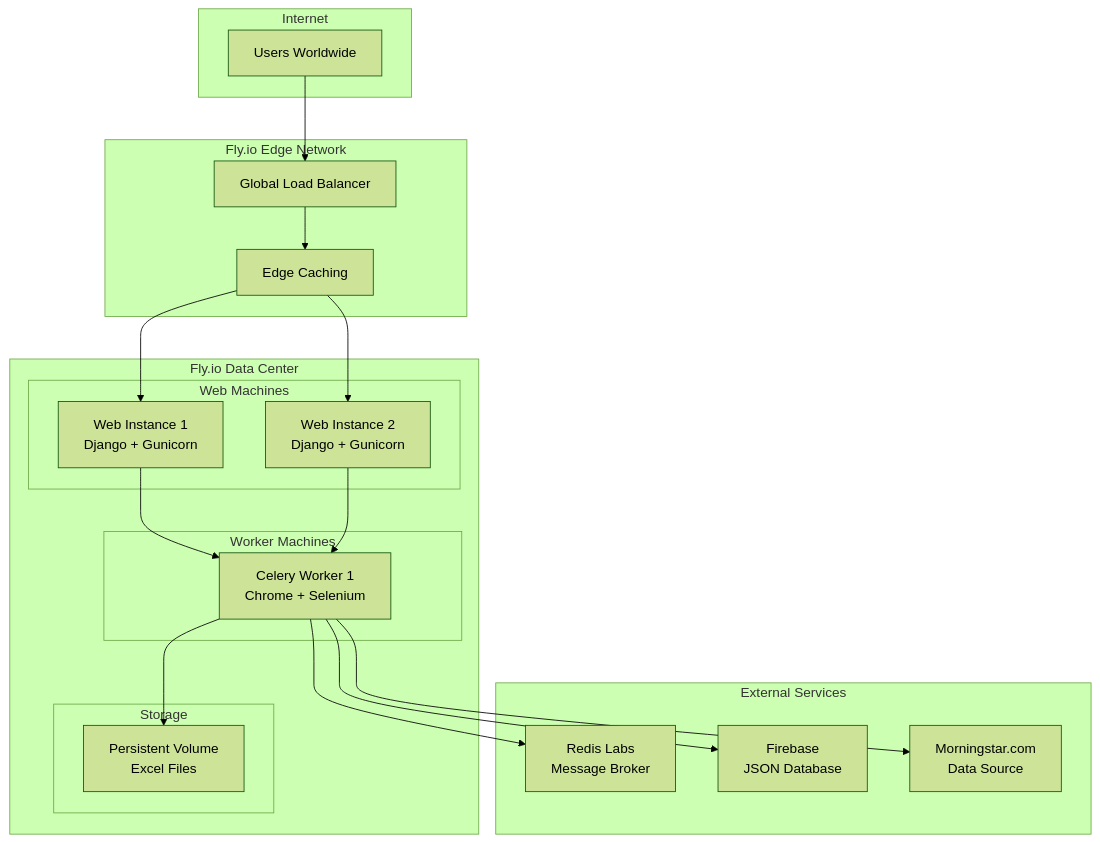
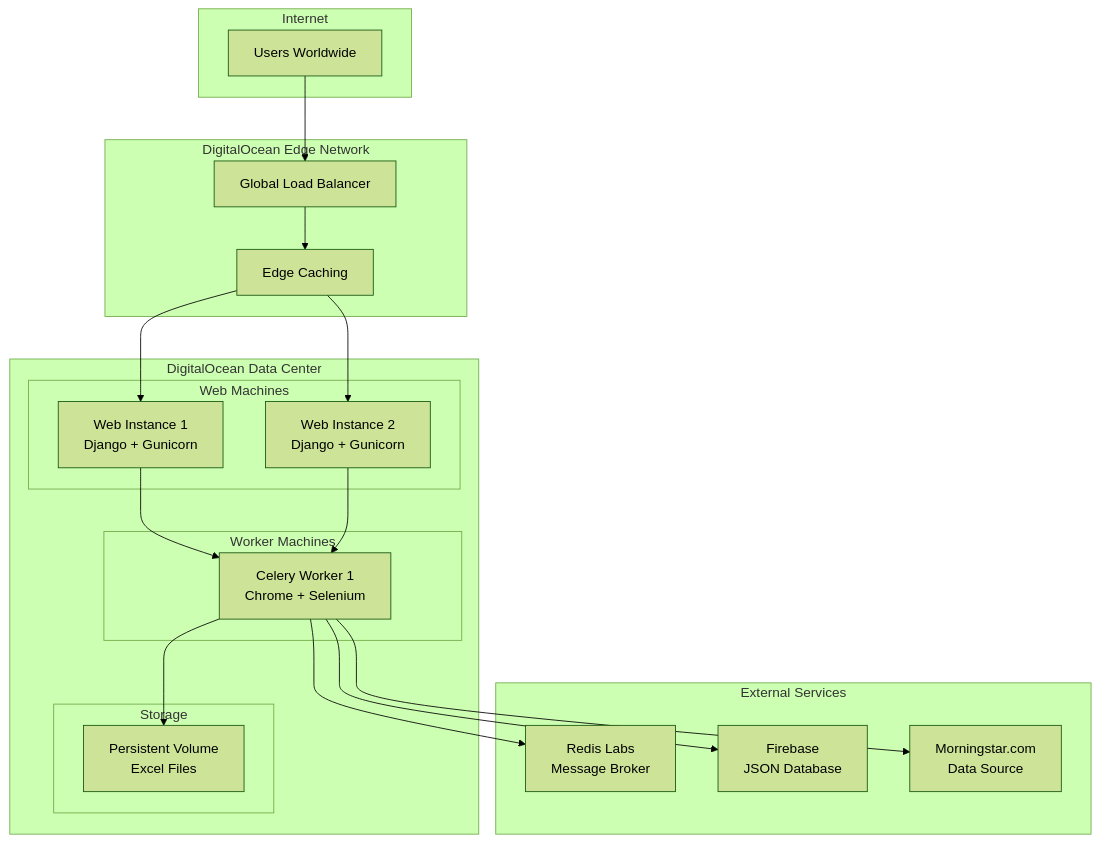
Before and after one commit to FGonzales-Dev/StockDataWebAppV2: the fourth of 4 diagrams in PROJECT_DOCUMENTATION.md, drawn with Mermaid (forest theme). The commit also changed other lines of this file and 12 other files, not shown here.

````diff
--- a/PROJECT_DOCUMENTATION.md
+++ b/PROJECT_DOCUMENTATION.md
@@ -395,43 +395,43 @@
 ```mermaid
 graph TB
     subgraph "Internet"
         USERS[Users Worldwide]
     end
     
-    subgraph "Fly.io Edge Network"
+    subgraph "DigitalOcean Edge Network"
         LB[Global Load Balancer]
         CDN[Edge Caching]
     end
     
-    subgraph "Fly.io Data Center"
+    subgraph "DigitalOcean Data Center"
         subgraph "Web Machines"
             WEB1[Web Instance 1<br/>Django + Gunicorn]
             WEB2[Web Instance 2<br/>Django + Gunicorn]
         end
         
         subgraph "Worker Machines"
             WORKER1[Celery Worker 1<br/>Chrome + Selenium]
         end
         
         subgraph "Storage"
             VOLUME[Persistent Volume<br/>Excel Files]
         end
     end
     
     subgraph "External Services"
         REDIS[Redis Labs<br/>Message Broker]
         FIREBASE[Firebase<br/>JSON Database]
         MORNINGSTAR[Morningstar.com<br/>Data Source]
     end
     
     USERS --> LB
     LB --> CDN
     CDN --> WEB1
     CDN --> WEB2
     WEB1 --> WORKER1
     WEB2 --> WORKER1
     WORKER1 --> VOLUME
     WORKER1 --> REDIS
     WORKER1 --> FIREBASE
     WORKER1 --> MORNINGSTAR
 ```
````
